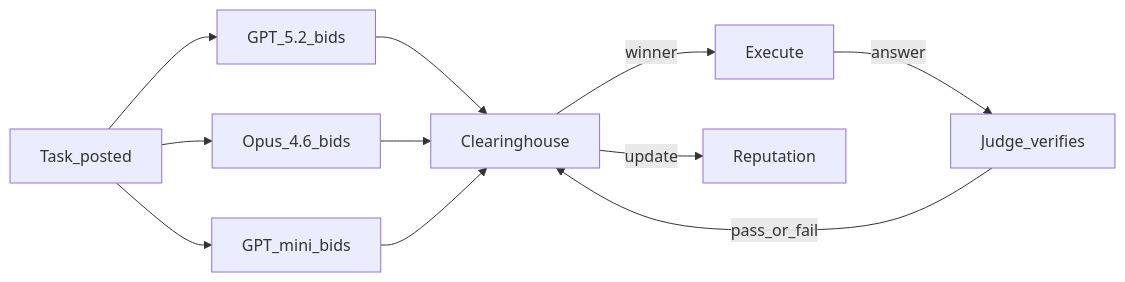
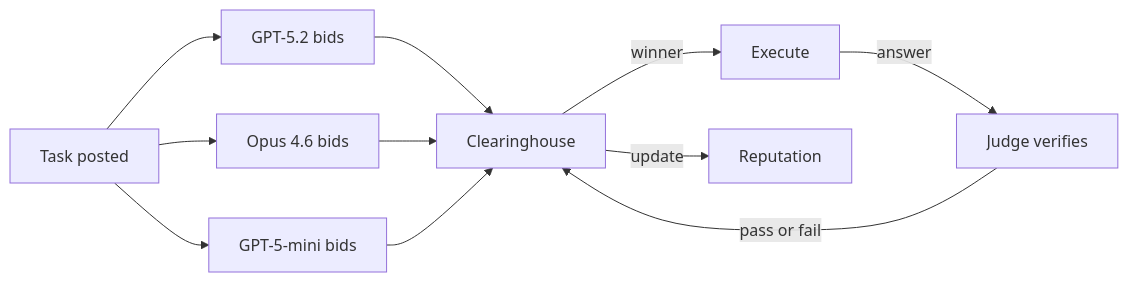
The fourth of 4 diagrams in README.md (strangeloopcanon/hub-vs-spoke), drawn with Mermaid before and after one commit. The commit also changed other lines of this file and 5 other files, not shown here.

````diff
--- a/README.md
+++ b/README.md
@@ -147,13 +166,13 @@
 ```mermaid
 graph LR
-    T[Task_posted] --> B1[GPT_5.2_bids]
-    T --> B2[Opus_4.6_bids]
-    T --> B3[GPT_mini_bids]
+    T[Task posted] --> B1[GPT-5.2 bids]
+    T --> B2[Opus 4.6 bids]
+    T --> B3[GPT-5-mini bids]
     B1 --> CE[Clearinghouse]
     B2 --> CE
     B3 --> CE
     CE -->|winner| W[Execute]
-    W -->|answer| J[Judge_verifies]
-    J -->|pass_or_fail| CE
+    W -->|answer| J[Judge verifies]
+    J -->|pass or fail| CE
     CE -->|update| R[Reputation]
 ```
````
